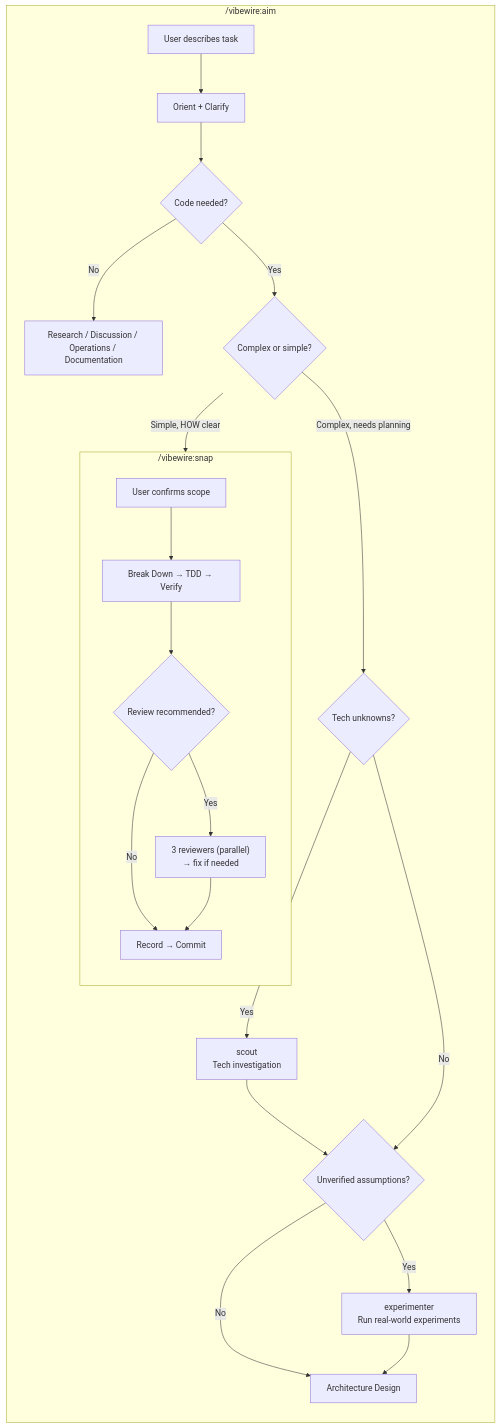
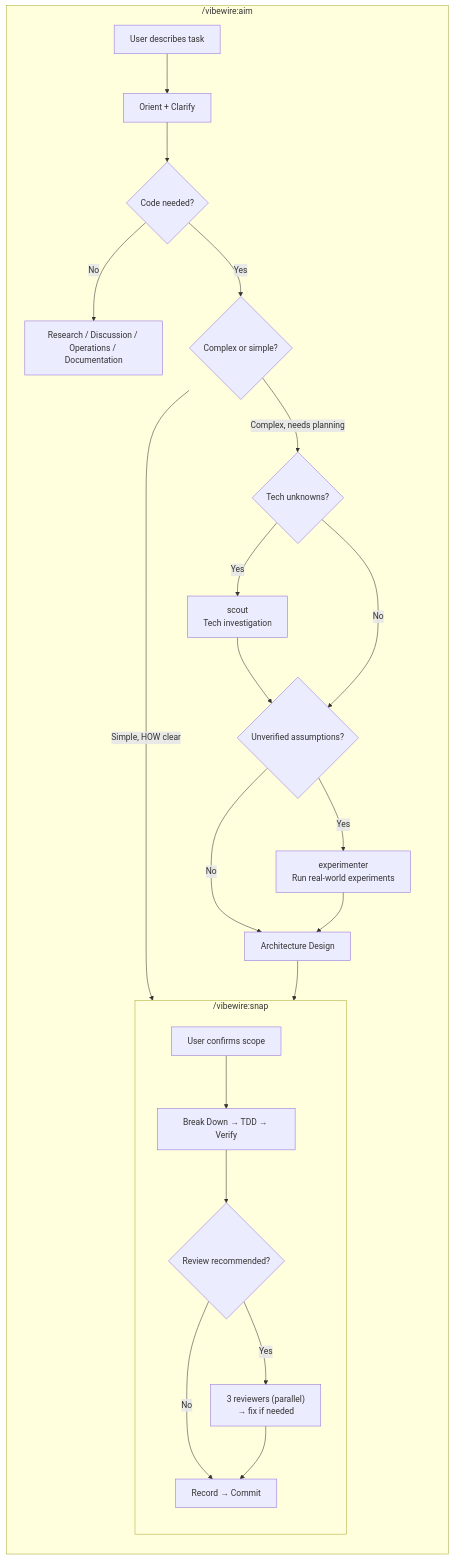
One commit to owniai/vibewire changed the diagram in README.md. Above: the diagram before and after it, drawn with Mermaid. The commit also changed other lines of this file and 1 other file, not shown here.

````diff
--- a/README.md
+++ b/README.md
@@ -141,31 +142,33 @@
 ```mermaid
 flowchart TD
     subgraph aim["/vibewire:aim"]
         direction TB
         A0[User describes task] --> A1[Orient + Clarify]
         A1 --> A2{Code needed?}
         A2 -- No --> A3["Research / Discussion / Operations / Documentation"]
         A2 -- Yes --> A4{Complex or simple?}
         A4 -- Complex, needs planning --> A5{Tech unknowns?}
         A4 -- Simple, HOW clear --> snapflow
 
         A5 -- Yes --> A6["scout
         Tech investigation"]
         A6 --> A7{Unverified assumptions?}
         A5 -- No --> A7
         A7 -- Yes --> A8["experimenter
         Run real-world experiments"]
         A7 -- No --> A9[Architecture Design]
         A8 --> A9
     end
 
+    A9 --> snapflow
+
     subgraph snapflow["/vibewire:snap"]
         direction TB
         S0[User confirms scope] --> S1["Break Down → TDD → Verify"]
         S1 --> S2{Review recommended?}
         S2 -- Yes --> S3["3 reviewers (parallel)
         → fix if needed"]
         S2 -- No --> S4[Record → Commit]
         S3 --> S4
     end
 ```
````
